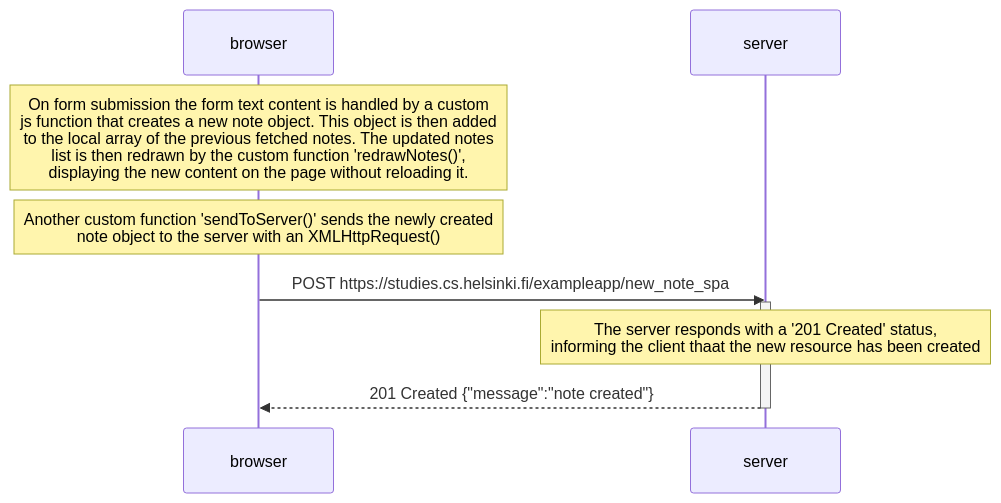
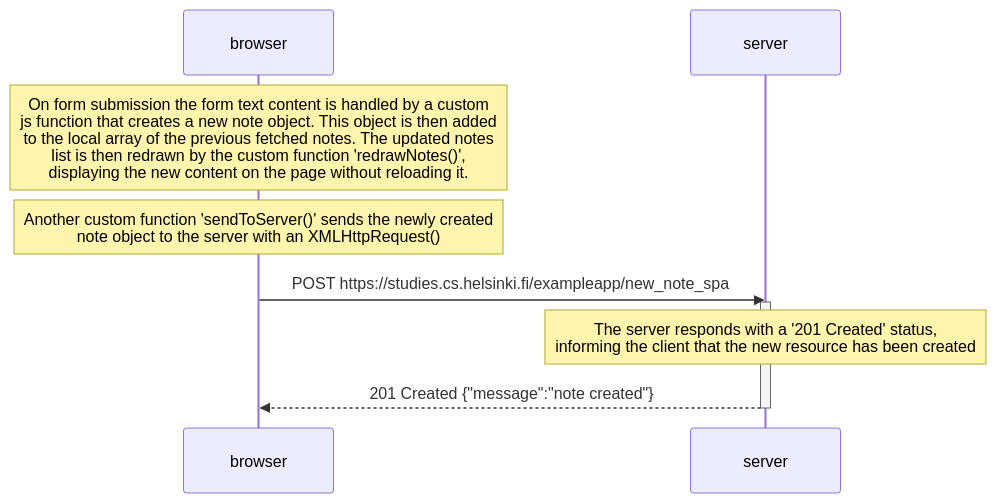
Before and after one commit to LL-00/fullstackopen2020: the diagram in part0/0.6.md, drawn with Mermaid.

Commit message:
correct typo

````diff
--- a/part0/0.6.md
+++ b/part0/0.6.md
@@ -1,15 +1,15 @@
 ```mermaid
 
 sequenceDiagram
     participant browser
     participant server
 
     Note over browser: On form submission the form text content is handled by a custom <br/> js function that creates a new note object. This object is then added <br/>to the local array of the previous fetched notes. The updated notes <br/>list is then redrawn by the custom function 'redrawNotes()',<br/> displaying the new content on the page without reloading it.
     Note over browser: Another custom function 'sendToServer()' sends the newly created <br/> note object to the server with an XMLHttpRequest()
     browser->>server: POST https://studies.cs.helsinki.fi/exampleapp/new_note_spa
     activate server
-    Note over server: The server responds with a '201 Created' status, <br/>informing the client thaat the new resource has been created
+    Note over server: The server responds with a '201 Created' status, <br/>informing the client that the new resource has been created
     server-->>browser: 201 Created {"message":"note created"}
     deactivate server
 
 ```
````
